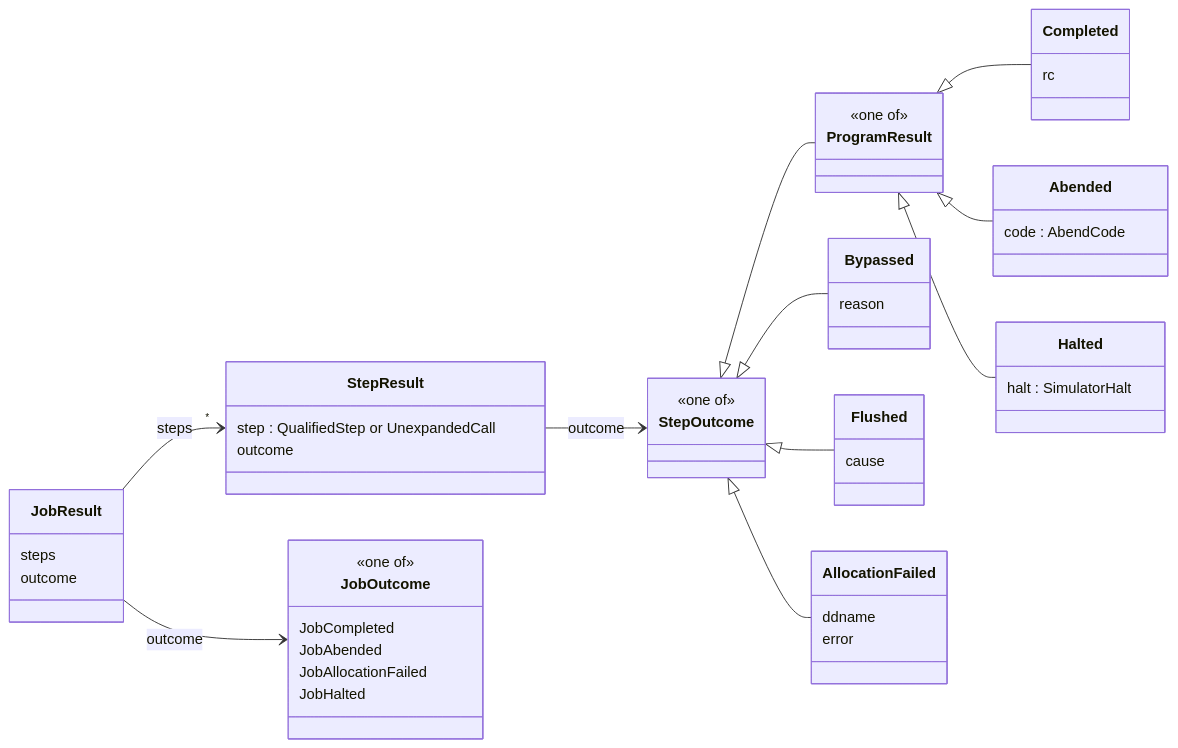
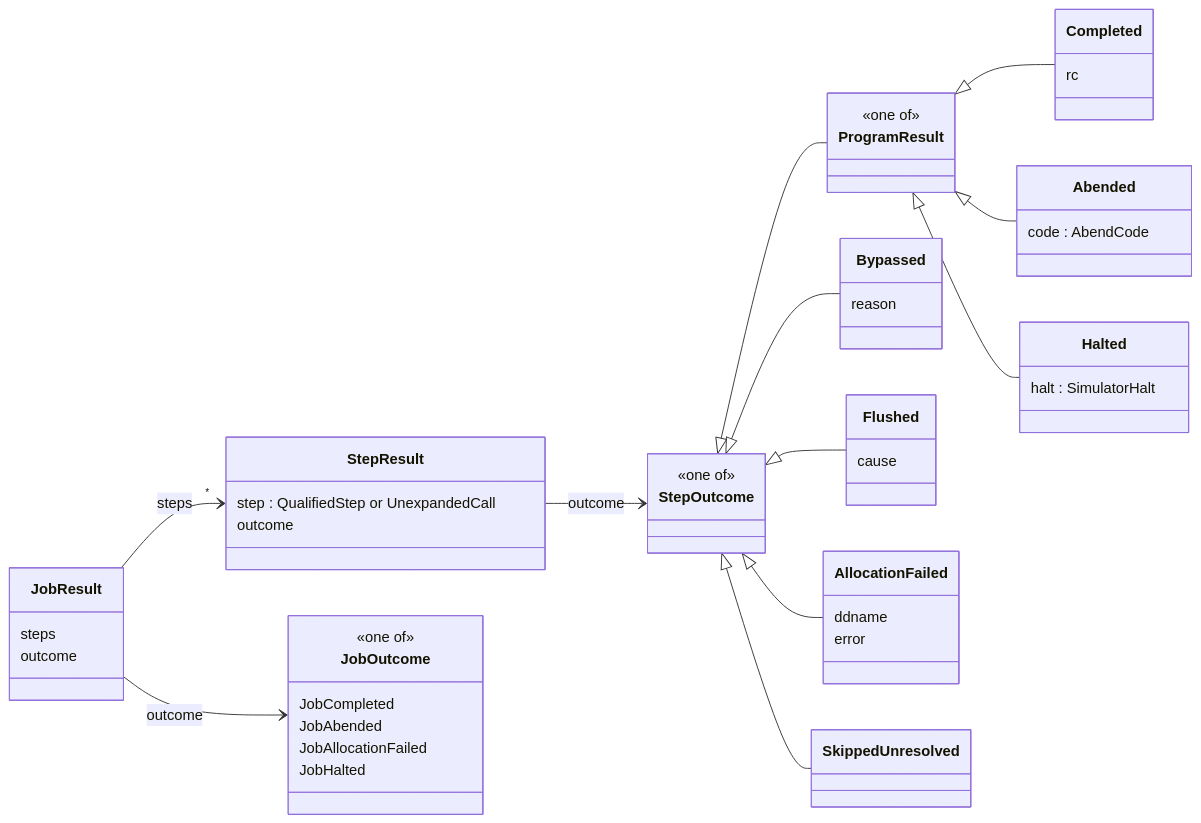
The third of 4 diagrams in docs/superpowers/specs/2026-10-10-jackal-job-level-domain-model-design.md (avishek-sen-gupta/red-dragon-forge), drawn with Mermaid before and after one commit. The commit also changed other lines of this file, not shown here.

````diff
--- a/docs/superpowers/specs/2026-10-10-jackal-job-level-domain-model-design.md
+++ b/docs/superpowers/specs/2026-10-10-jackal-job-level-domain-model-design.md
@@ -222,54 +222,57 @@
 ```mermaid
 classDiagram
   direction LR
   class JobResult {
     steps
     outcome
   }
   class StepResult {
     step : QualifiedStep or UnexpandedCall
     outcome
   }
   class StepOutcome {
     <<one of>>
   }
   class ProgramResult {
     <<one of>>
   }
   class Completed {
     rc
   }
   class Abended {
     code : AbendCode
   }
   class Halted {
     halt : SimulatorHalt
   }
   class Bypassed {
     reason
   }
   class Flushed {
     cause
   }
   class AllocationFailed {
     ddname
     error
   }
+  class SkippedUnresolved {
+  }
   class JobOutcome {
     <<one of>>
     JobCompleted
     JobAbended
     JobAllocationFailed
     JobHalted
   }
   JobResult --> "*" StepResult : steps
   JobResult --> JobOutcome : outcome
   StepResult --> StepOutcome : outcome
   StepOutcome <|-- ProgramResult
   ProgramResult <|-- Completed
   ProgramResult <|-- Abended
   ProgramResult <|-- Halted
   StepOutcome <|-- Bypassed
   StepOutcome <|-- Flushed
   StepOutcome <|-- AllocationFailed
+  StepOutcome <|-- SkippedUnresolved
 ```
````
